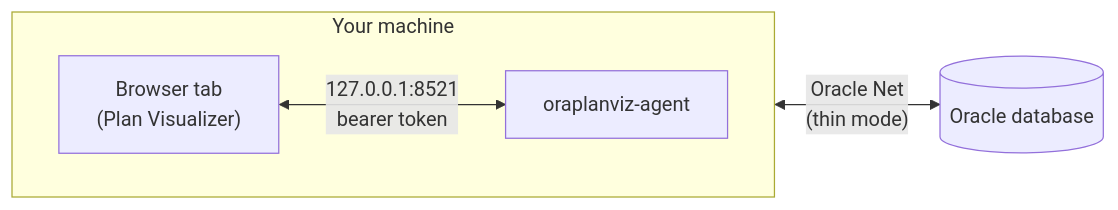
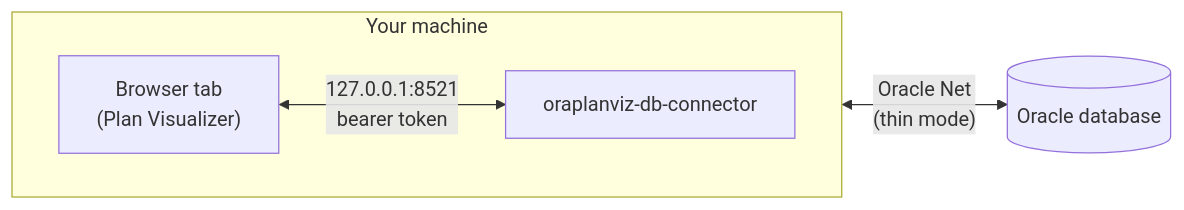
Before and after one commit to davidbudac/ora-explain-plan-viz: the diagram in README.md, drawn with Mermaid. The commit also changed other lines of this file and 32 other files, not shown here.

````diff
--- a/README.md
+++ b/README.md
@@ -81,8 +81,8 @@
 ```mermaid
 flowchart LR
   subgraph machine["Your machine"]
     direction LR
-    B["Browser tab<br/>(Plan Visualizer)"] <-->|"127.0.0.1:8521<br/>bearer token"| A["oraplanviz-agent"]
+    B["Browser tab<br/>(Plan Visualizer)"] <-->|"127.0.0.1:8521<br/>bearer token"| A["oraplanviz-db-connector"]
   end
   A <-->|"Oracle Net<br/>(thin mode)"| D[("Oracle database")]
 ```
````
